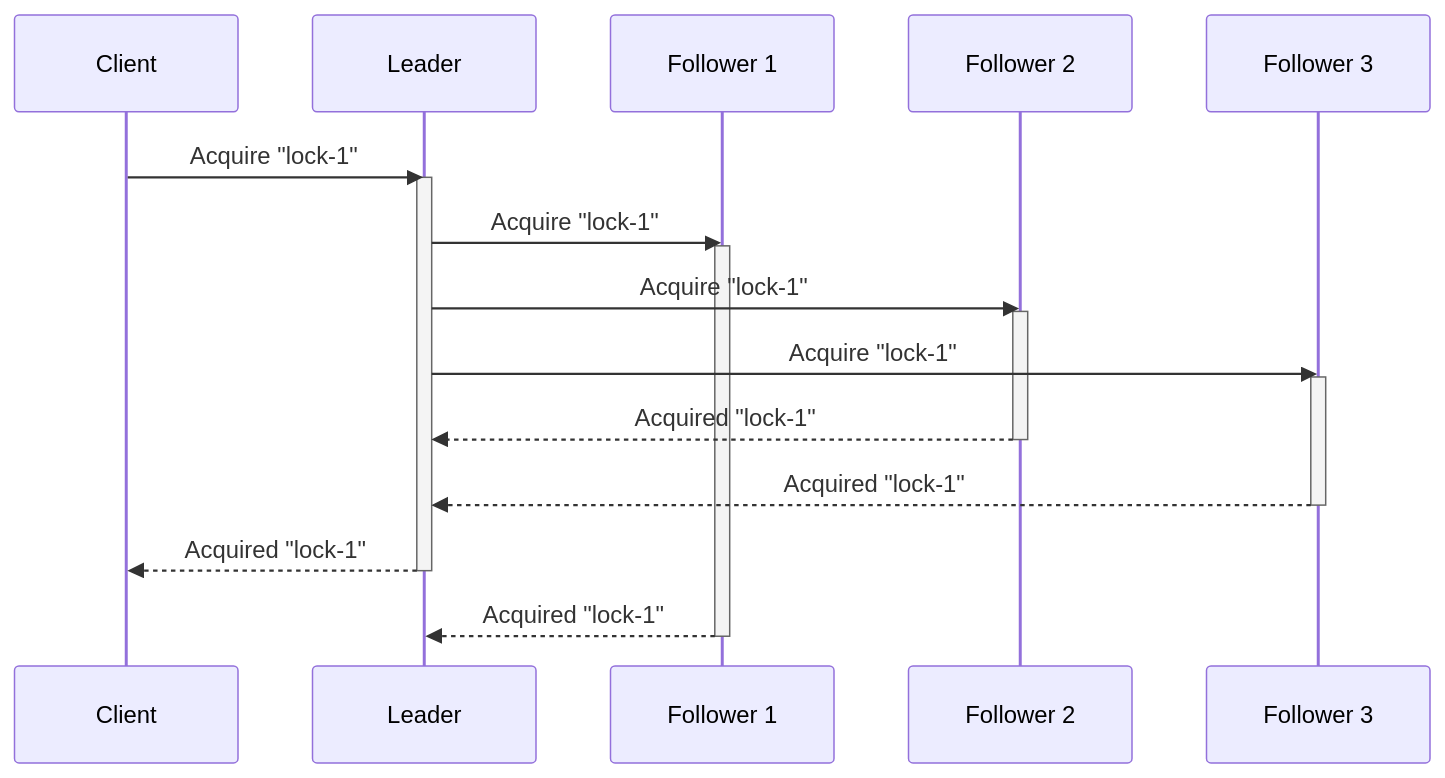
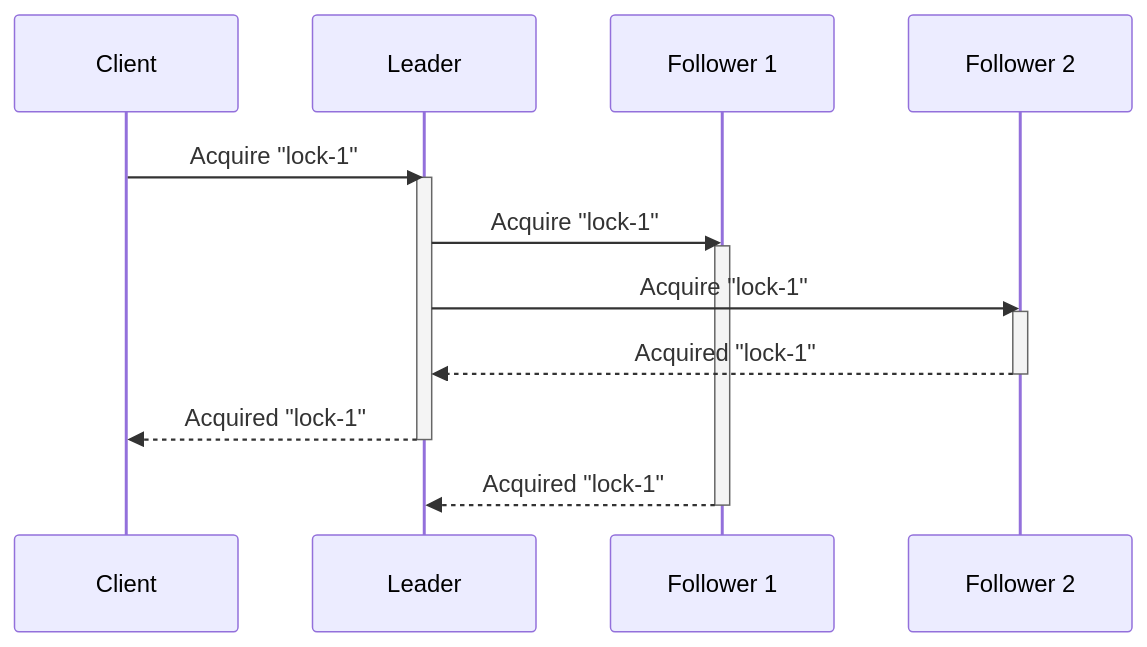
One commit to kgantsov/dlock changed the first of 2 diagrams in README.md. Above: the diagram before and after it, drawn with Mermaid. The commit also changed other lines of this file, not shown here.

Commit message:
Fix diagrams in README.md

````diff
--- a/README.md
+++ b/README.md
@@ -8,19 +8,15 @@
 ```mermaid
 sequenceDiagram
     Client->>Leader: Acquire "lock-1"
     activate Leader
     Leader->>Follower 1: Acquire "lock-1"
     activate Follower 1
     Leader->>Follower 2: Acquire "lock-1"
     activate Follower 2
-    Leader->>Follower 3: Acquire "lock-1"
-    activate Follower 3
     Follower 2-->>Leader: Acquired "lock-1"
     deactivate Follower 2
-    Follower 3-->>Leader: Acquired "lock-1"
-    deactivate Follower 3
     Leader-->>Client: Acquired "lock-1"
     deactivate Leader
     Follower 1-->>Leader: Acquired "lock-1"
     deactivate Follower 1
 ```
````
